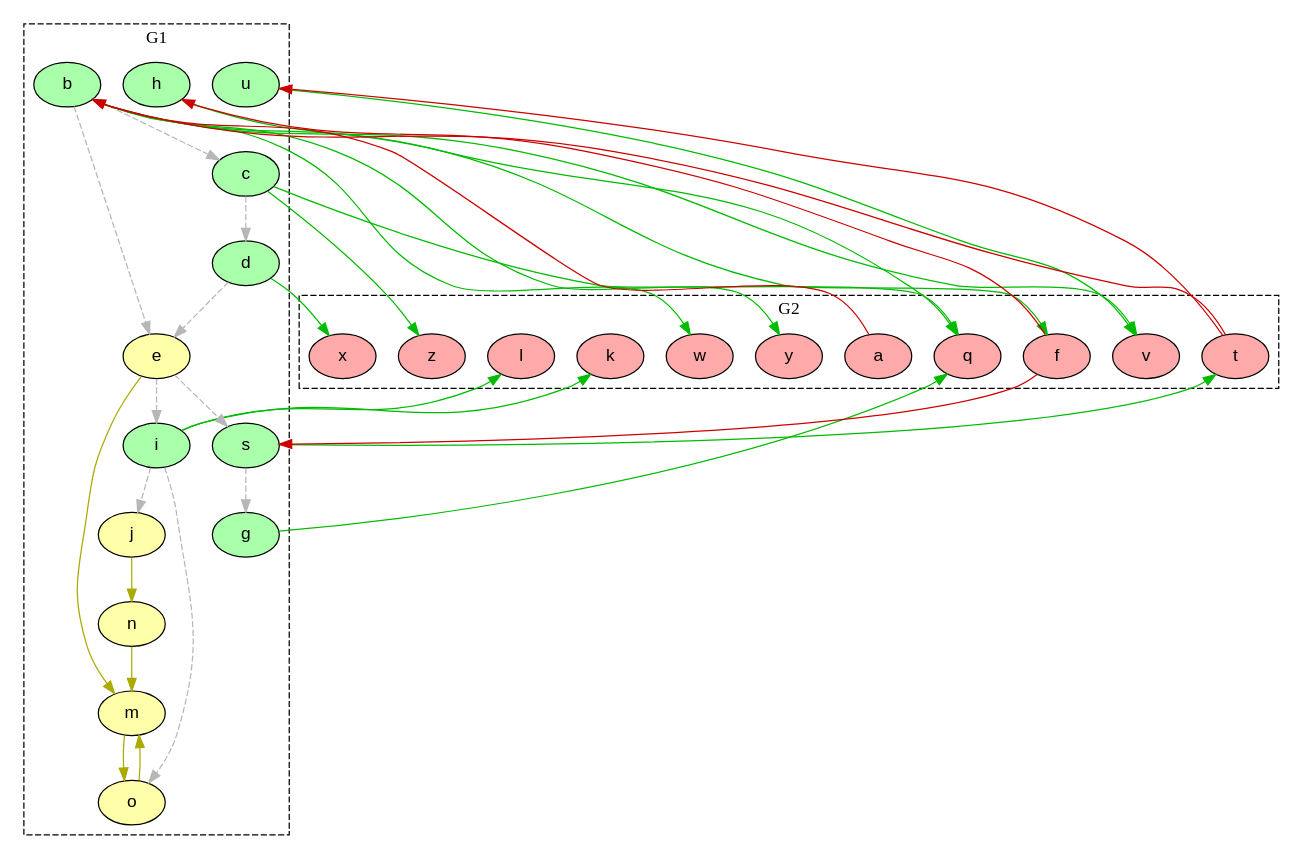
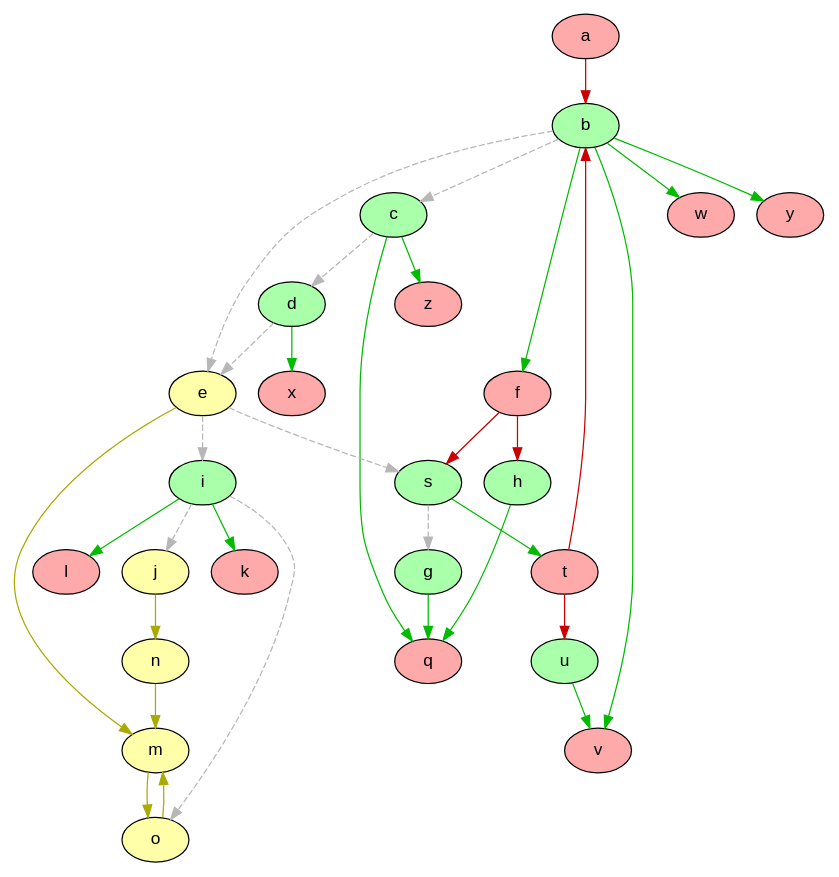
One commit to idaks/Games-and-Argumentation changed the diagram in IDCC-2024/graphs/game_graph_colored.dot. Above: the diagram before and after it, drawn with Graphviz. The commit also changed 20 other files, not shown here.

```diff
--- a/IDCC-2024/graphs/game_graph_colored.dot
+++ b/IDCC-2024/graphs/game_graph_colored.dot
@@ -1,48 +1,42 @@
 digraph G {
   node [shape=oval style=filled fontname=Helvetica fontsize=14]
-  subgraph cluster_g1{
-  label = "G1"; color = black; style ="dashed";
-    node [fillcolor="#AAFFAA" fontcolor="#000000"] b c d s g h i u;
-    node [fillcolor="#FFFFAA" fontcolor="#000000"] e j m o n;
-  }
-  subgraph cluster_g2{
-  label = "G2"; color = black; style ="dashed";
-    node [fillcolor="#FFAAAA" fontcolor="#000000"] a t f k l q v w x y z;
-  }
+  node [fillcolor="#AAFFAA" fontcolor="#000000"] b c d s g h i u;
+  node [fillcolor="#FFAAAA" fontcolor="#000000"] a t f k l q v w x y z;
+  node [fillcolor="#FFFFAA" fontcolor="#000000"] e j m o n;
   edge [dir=forward, color="#CC0000", style="solid"]
         "a" -> "b";
         "t" -> "b";
         "f" -> "h";
         "f" -> "s";
         "t" -> "u";
   edge [dir=forward, color="#b7b7b7", style="dashed"]
         "b" -> "c";
         "c" -> "d";
         "b" -> "e";
         "d" -> "e";
         "s" -> "g";
         "e" -> "i";
         "i" -> "j";
         "i" -> "o";
         "e" -> "s";
   edge [dir=forward, color="#00BB00", style="solid"]
         "b" -> "f";
         "i" -> "k";
         "i" -> "l";
         "g" -> "q";
         "h" -> "q";
         "c" -> "q";
         "s" -> "t";
         "b" -> "v";
         "u" -> "v";
         "b" -> "w";
         "d" -> "x";
         "b" -> "y";
         "c" -> "z";
   edge [dir=forward, color="#AAAA00", style="solid"]
         "e" -> "m";
         "o" -> "m";
         "n" -> "m";
         "j" -> "n";
         "m" -> "o";
 }
```
